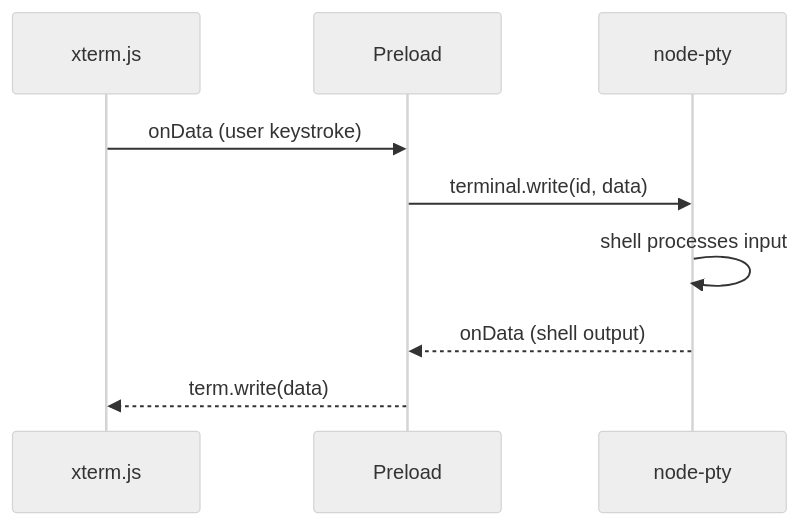
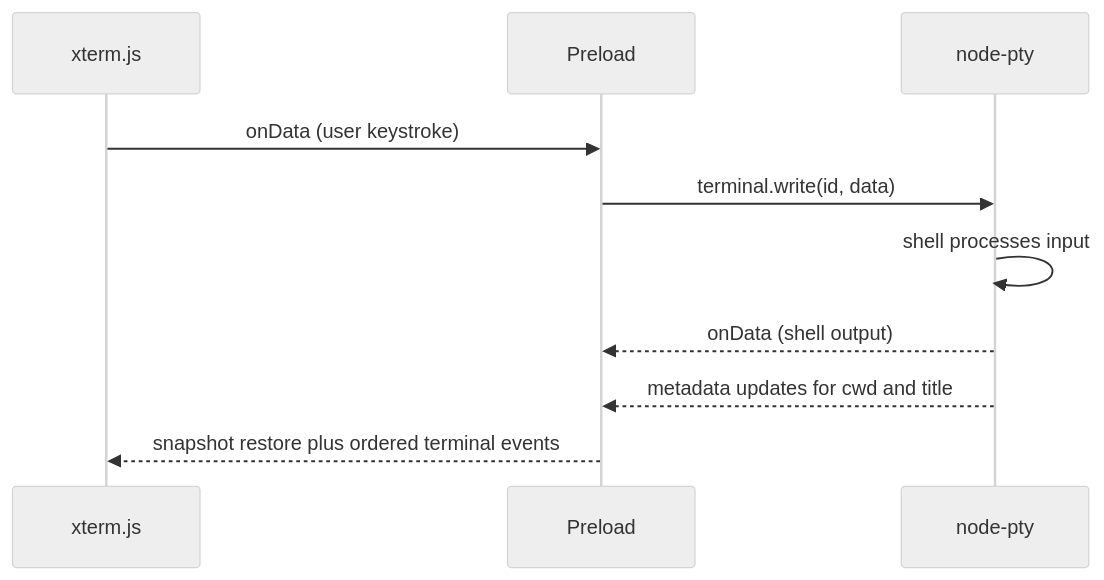
One commit to adikuma/takoyaki changed the fifth of 11 diagrams in docs/ARCHITECTURE.md. Above: the diagram before and after it, drawn with Mermaid (neutral theme). The commit also changed other lines of this file and 7 other files, not shown here.

````diff
--- a/docs/ARCHITECTURE.md
+++ b/docs/ARCHITECTURE.md
@@ -105,12 +107,13 @@
 ```mermaid
 sequenceDiagram
     participant X as xterm.js
     participant P as Preload
     participant PTY as node-pty
 
     X->>P: onData (user keystroke)
     P->>PTY: terminal.write(id, data)
     PTY->>PTY: shell processes input
     PTY-->>P: onData (shell output)
-    P-->>X: term.write(data)
+    PTY-->>P: metadata updates for cwd and title
+    P-->>X: snapshot restore plus ordered terminal events
 ```
````
